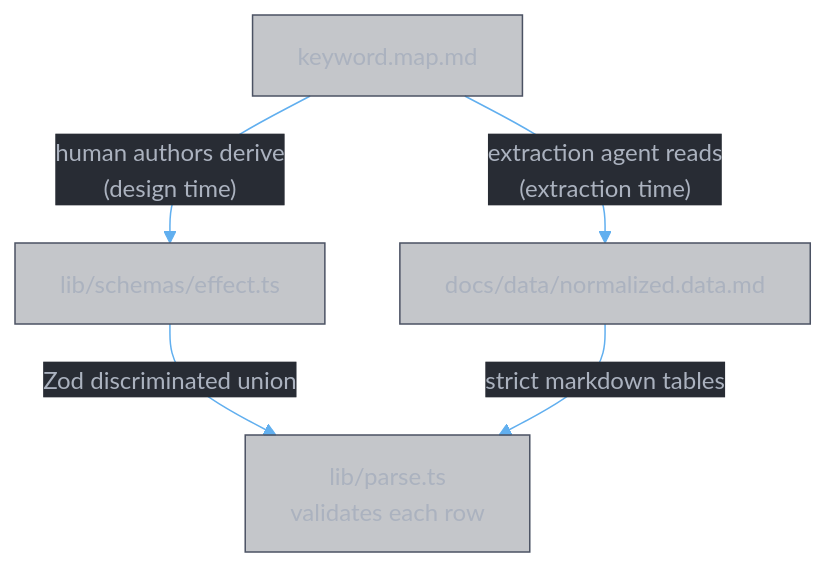
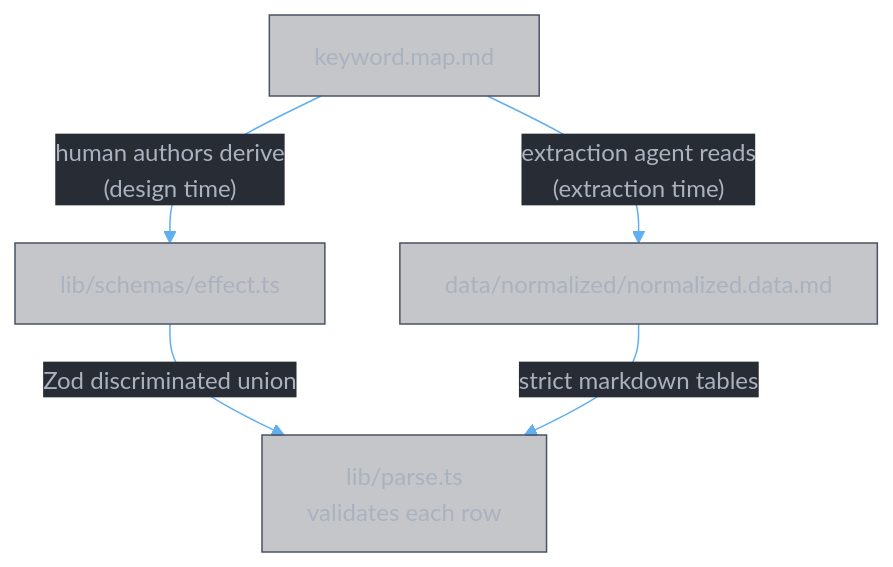
The second of 5 diagrams in docs/data/impl.parser.md (zhifengzhang-sz/divine-book), drawn with Mermaid before and after one commit. The commit also changed other lines of this file and 34 other files, not shown here.

````diff
--- a/docs/data/impl.parser.md
+++ b/docs/data/impl.parser.md
@@ -127,9 +127,9 @@
 ```mermaid
 %%{init: {'theme': 'base', 'themeVariables': {'primaryColor': '#3e44514D', 'primaryTextColor': '#abb2bf', 'primaryBorderColor': '#4b5263', 'lineColor': '#61afef', 'secondaryColor': '#2c313a4D', 'secondaryTextColor': '#abb2bf', 'secondaryBorderColor': '#4b5263', 'tertiaryColor': '#282c344D', 'mainBkg': '#3e44514D', 'nodeBorder': '#4b5263', 'clusterBkg': '#2c313a4D', 'clusterBorder': '#4b5263', 'titleColor': '#e5c07b', 'edgeLabelBackground': '#282c34', 'textColor': '#abb2bf', 'background': '#282c34'}}}%%
 flowchart TD
     KM["keyword.map.md"]
     KM -->|"human authors derive\n(design time)"| ES["lib/schemas/effect.ts"]
-    KM -->|"extraction agent reads\n(extraction time)"| ND["docs/data/normalized.data.md"]
+    KM -->|"extraction agent reads\n(extraction time)"| ND["data/normalized/normalized.data.md"]
     ES -->|"Zod discriminated union"| P["lib/parse.ts\nvalidates each row"]
     ND -->|"strict markdown tables"| P
 ```
````
